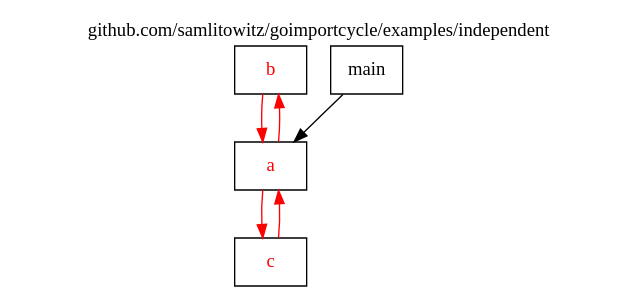
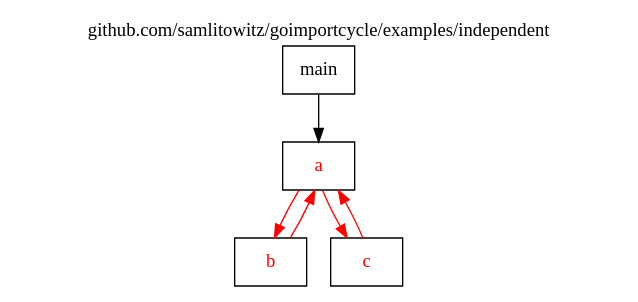
Before and after one commit to samlitowitz/goimportcycle: the diagram in assets/examples/independent/package.dot, drawn with Graphviz. The commit also changed other lines of this file and 28 other files, not shown here.

```diff
--- a/assets/examples/independent/package.dot
+++ b/assets/examples/independent/package.dot
@@ -1,17 +1,17 @@
 
 digraph {
 	labelloc="t";
 	label="github.com/samlitowitz/goimportcycle/examples/independent";
 	rankdir="TB";
 	node [shape="rect"];
 
+	pkg_main [label="main", style="filled", fontcolor="#000000", fillcolor="#ffffff"];
+	pkg_a [label="a", style="filled", fontcolor="#ff0000", fillcolor="#ffffff"];
 	pkg_b [label="b", style="filled", fontcolor="#ff0000", fillcolor="#ffffff"];
 	pkg_c [label="c", style="filled", fontcolor="#ff0000", fillcolor="#ffffff"];
-	pkg_main [label="main", style="filled", fontcolor="#000000", fillcolor="#ffffff"];
-	pkg_a [label="a", style="filled", fontcolor="#ff0000", fillcolor="#ffffff"];
-	pkg_b -> pkg_a [color="#ff0000"];
-	pkg_c -> pkg_a [color="#ff0000"];
 	pkg_main -> pkg_a [color="#000000"];
 	pkg_a -> pkg_b [color="#ff0000"];
 	pkg_a -> pkg_c [color="#ff0000"];
+	pkg_b -> pkg_a [color="#ff0000"];
+	pkg_c -> pkg_a [color="#ff0000"];
 }
```
